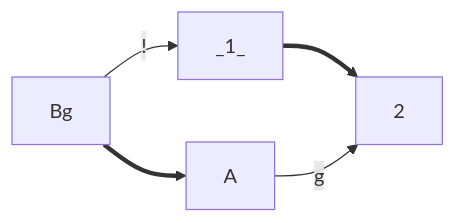
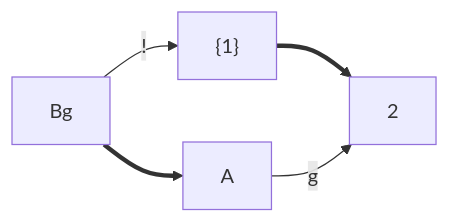
Before and after one commit to renatoleme/HeytingValuedSets: diagram 21 of 22 in notes.md, drawn with Mermaid. The commit also changed other lines of this file, not shown here.

````diff
--- a/notes.md
+++ b/notes.md
@@ -495,7 +500,7 @@
 ```mermaid
 graph LR;
     Bg==>A;
-    _1_==>2;
-    Bg--!-->_1_;
+    1["{1}"]==>2;
+    Bg--!-->1["{1}"];
     A--g-->2;
 ```
````
